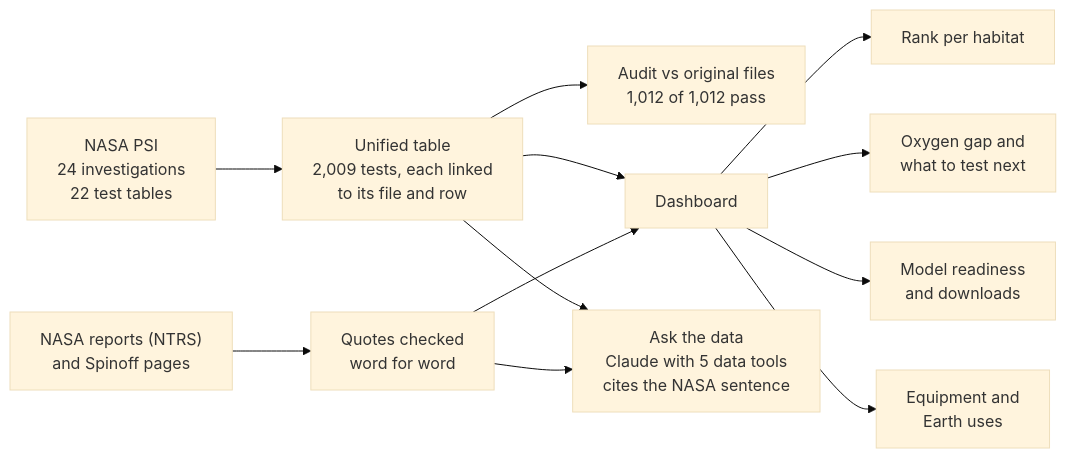
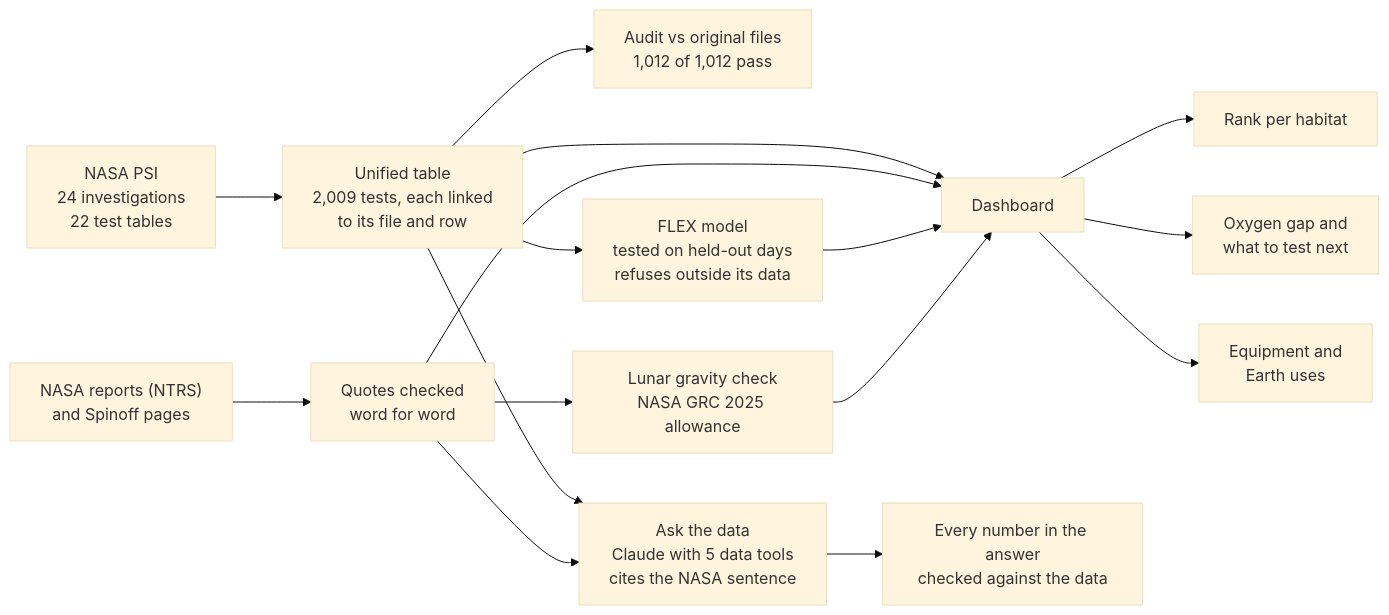
Before and after one commit to igeorgegabriel/Nasa_Space_Challenge: the diagram in README.md, drawn with Mermaid (base theme). The commit also changed other lines of this file, not shown here.

Commit message:
README: what sets it apart, gravity check and model in the flow and objective map

````diff
--- a/README.md
+++ b/README.md
@@ -21,14 +21,18 @@
 ```mermaid
 flowchart LR
   P["NASA PSI<br/>24 investigations<br/>22 test tables"] --> U["Unified table<br/>2,009 tests, each linked<br/>to its file and row"]
   U --> A["Audit vs original files<br/>1,012 of 1,012 pass"]
   N["NASA reports (NTRS)<br/>and Spinoff pages"] --> Q["Quotes checked<br/>word for word"]
+  U --> F["FLEX model<br/>tested on held-out days<br/>refuses outside its data"]
+  Q --> L["Lunar gravity check<br/>NASA GRC 2025 allowance"]
   U --> D["Dashboard"]
   Q --> D
+  F --> D
+  L --> D
   D --> R["Rank per habitat"]
   D --> G["Oxygen gap and<br/>what to test next"]
-  D --> M["Model readiness<br/>and downloads"]
   D --> E["Equipment and<br/>Earth uses"]
   U --> K["Ask the data<br/>Claude with 5 data tools<br/>cites the NASA sentence"]
   Q --> K
+  K --> C["Every number in the answer<br/>checked against the data"]
 ```
````
